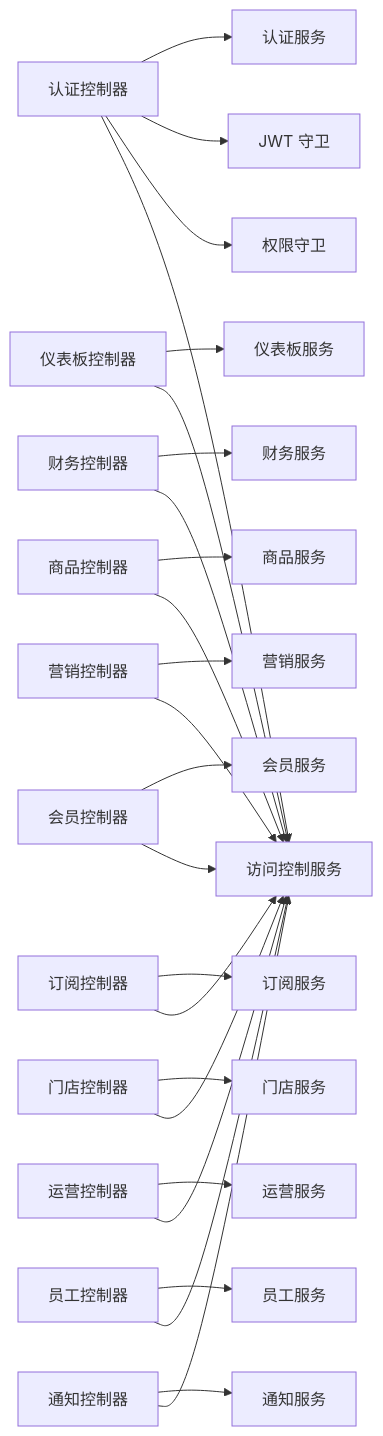
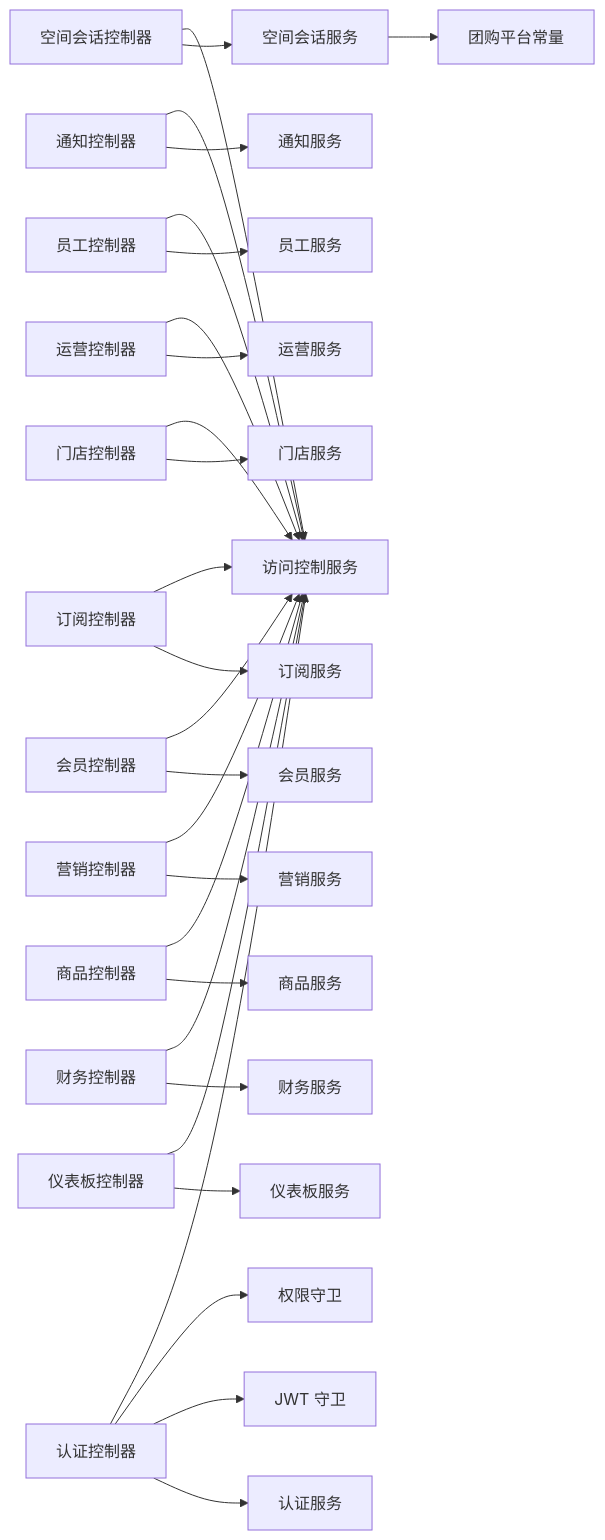
One commit to rc558620/purelyprofit-server changed diagram 14 of 14 in .qoder/repowiki/zh/content/API 接口文档/API 接口文档.md. Above: the diagram before and after it, drawn with Mermaid. The commit also changed other lines of this file and 117 other files, not shown here.

````diff
--- a/.qoder/repowiki/zh/content/API 接口文档/API 接口文档.md
+++ b/.qoder/repowiki/zh/content/API 接口文档/API 接口文档.md
@@ -802,27 +916,30 @@
 ```mermaid
 graph LR
 AC["认证控制器"] --> AS["认证服务"]
 DC["仪表板控制器"] --> DS["仪表板服务"]
 FC["财务控制器"] --> FS["财务服务"]
 GC["商品控制器"] --> GS["商品服务"]
 MC["营销控制器"] --> MS["营销服务"]
 MeC["会员控制器"] --> MeS["会员服务"]
 SC["订阅控制器"] --> SS["订阅服务"]
 StC["门店控制器"] --> StS["门店服务"]
 OC["运营控制器"] --> OS["运营服务"]
 EC["员工控制器"] --> ES["员工服务"]
 NC["通知控制器"] --> NS["通知服务"]
+SSC["空间会话控制器"] --> SSS["空间会话服务"]
+SSS --> GP["团购平台常量"]
 AC --> JwtGuard["JWT 守卫"]
 AC --> PermGuard["权限守卫"]
 AC --> ACService["访问控制服务"]
 DC --> ACService
 FC --> ACService
 GC --> ACService
 MC --> ACService
 MeC --> ACService
 SC --> ACService
 StC --> ACService
 OC --> ACService
 EC --> ACService
 NC --> ACService
+SSC --> ACService
 ```
````
